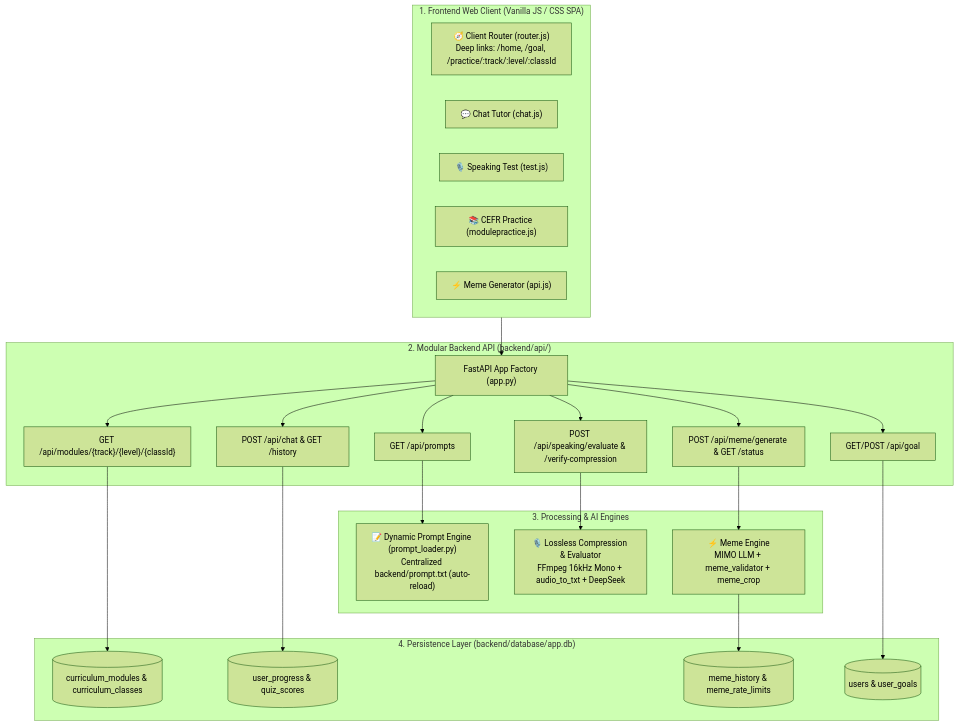
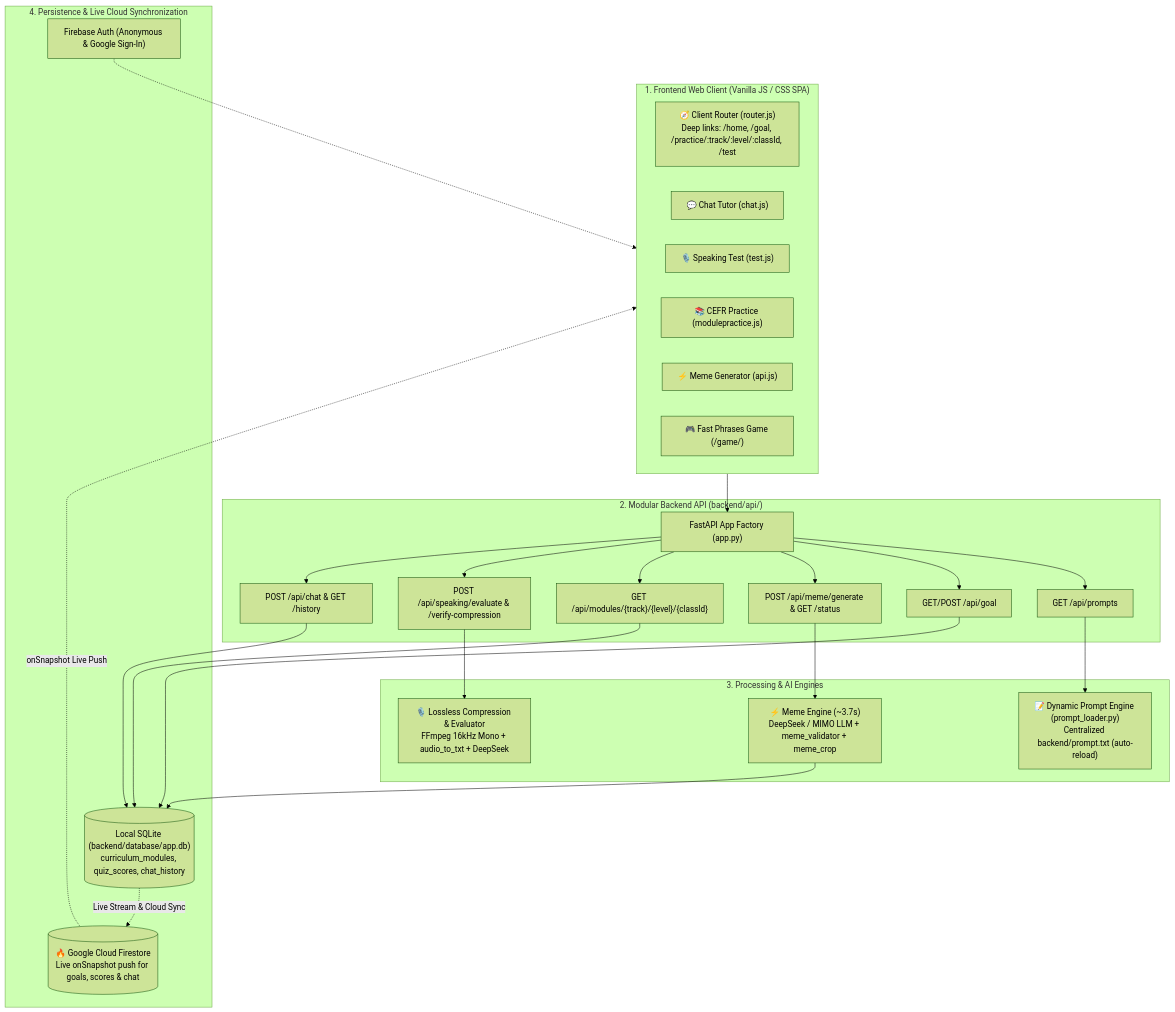
The diagram in README.md (rifatjahanazad-bd/AI-English-Coach), drawn with Mermaid (forest theme) before and after one commit. The commit also changed other lines of this file and 68 other files, not shown here.

Commit message:
feat: complete gamified dashboard, Firebase auth & data sync, and Vercel deployment configuration

````diff
--- a/README.md
+++ b/README.md
@@ -67,43 +78,47 @@
 ```mermaid
 graph TD
     subgraph UI ["1. Frontend Web Client (Vanilla JS / CSS SPA)"]
-        Router["🧭 Client Router (router.js)<br/>Deep links: /home, /goal, /practice/:track/:level/:classId"]
+        Router["🧭 Client Router (router.js)<br/>Deep links: /home, /goal, /practice/:track/:level/:classId, /test"]
         ChatUI["💬 Chat Tutor (chat.js)"]
         SpeakingUI["🎙️ Speaking Test (test.js)"]
         PracticeUI["📚 CEFR Practice (modulepractice.js)"]
         MemeUI["⚡ Meme Generator (api.js)"]
+        GameUI["🎮 Fast Phrases Game (/game/)"]
     end
 
     subgraph API ["2. Modular Backend API (backend/api/)"]
         AppFactory["FastAPI App Factory (app.py)"]
         R_Chat["POST /api/chat & GET /history"]
         R_Speaking["POST /api/speaking/evaluate & /verify-compression"]
         R_Modules["GET /api/modules/{track}/{level}/{classId}"]
         R_Meme["POST /api/meme/generate & GET /status"]
         R_Goals["GET/POST /api/goal"]
         R_Prompts["GET /api/prompts"]
     end
 
     subgraph Engines ["3. Processing & AI Engines"]
         PromptEngine["📝 Dynamic Prompt Engine (prompt_loader.py)<br/>Centralized backend/prompt.txt (auto-reload)"]
         AudioEngine["🎙️ Lossless Compression & Evaluator<br/>FFmpeg 16kHz Mono + audio_to_txt + DeepSeek"]
-        MemeEngine["⚡ Meme Engine<br/>MIMO LLM + meme_validator + meme_crop"]
+        MemeEngine["⚡ Meme Engine (~3.7s)<br/>DeepSeek / MIMO LLM + meme_validator + meme_crop"]
     end
 
-    subgraph Storage ["4. Persistence Layer (backend/database/app.db)"]
-        DB_Modules[("curriculum_modules & curriculum_classes")]
-        DB_Progress[("user_progress & quiz_scores")]
-        DB_Memes[("meme_history & meme_rate_limits")]
-        DB_Users[("users & user_goals")]
+    subgraph Storage ["4. Persistence & Live Cloud Synchronization"]
+        LocalDB[("Local SQLite (backend/database/app.db)<br/>curriculum_modules, quiz_scores, chat_history")]
+        CloudDB[("🔥 Google Cloud Firestore<br/>Live onSnapshot push for goals, scores & chat")]
+        CloudAuth["Firebase Auth (Anonymous & Google Sign-In)"]
     end
 
     UI --> AppFactory
     AppFactory --> R_Chat & R_Speaking & R_Modules & R_Meme & R_Goals & R_Prompts
 
-    R_Chat --> DB_Progress
-    R_Modules --> DB_Modules
-    R_Meme --> MemeEngine --> DB_Memes
+    R_Chat --> LocalDB
+    R_Modules --> LocalDB
+    R_Meme --> MemeEngine --> LocalDB
     R_Speaking --> AudioEngine
-    R_Goals --> DB_Users
+    R_Goals --> LocalDB
     R_Prompts --> PromptEngine
+
+    LocalDB -.->|Live Stream & Cloud Sync| CloudDB
+    CloudDB -.->|onSnapshot Live Push| UI
+    CloudAuth -.-> UI
 ```
````
